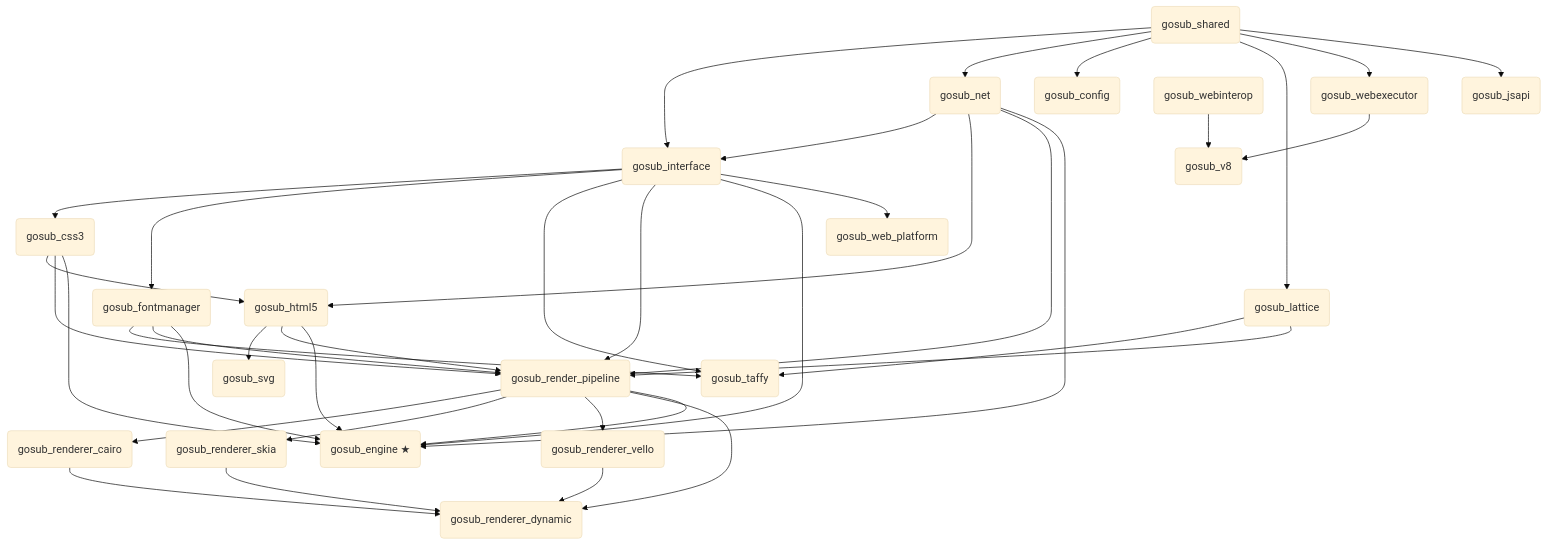
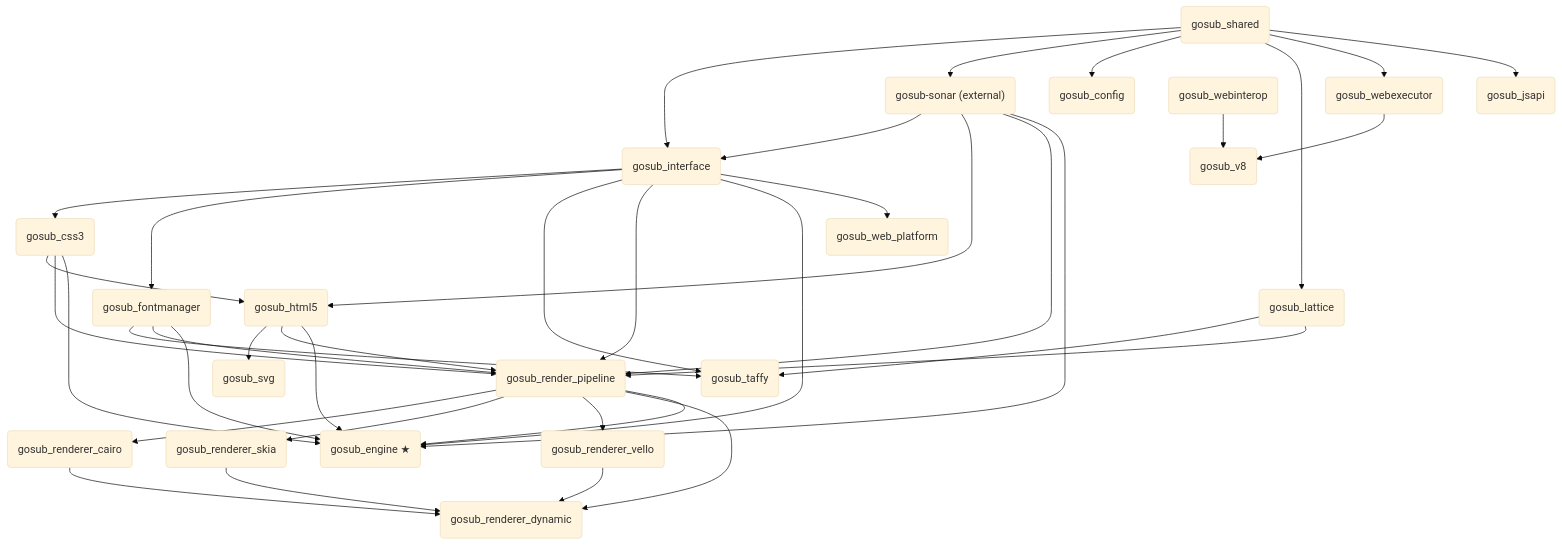
Before and after one commit to gosub-io/gosub-engine: the diagram in docs/crates.md, drawn with Mermaid (base theme). The commit also changed other lines of this file and 58 other files, not shown here.

Commit message:
Implemented gosub_sonar in favor of gosub_net

````diff
--- a/docs/crates.md
+++ b/docs/crates.md
@@ -129,66 +127,66 @@
 ``` mermaid
 flowchart TD
     shared("gosub_shared")
     interface("gosub_interface")
     config("gosub_config")
-    net("gosub_net")
+    net("gosub-sonar (external)")
     css3("gosub_css3")
     html5("gosub_html5")
     svg("gosub_svg")
     lattice("gosub_lattice")
     fontmgr("gosub_fontmanager")
     taffy("gosub_taffy")
     pipeline("gosub_render_pipeline")
     cairo("gosub_renderer_cairo")
     skia("gosub_renderer_skia")
     vello("gosub_renderer_vello")
     dynamic("gosub_renderer_dynamic")
     engine("gosub_engine ★")
     v8("gosub_v8")
     webexec("gosub_webexecutor")
     webinterop("gosub_webinterop")
     jsapi("gosub_jsapi")
     webplatform("gosub_web_platform")
 
     shared --> interface
     net --> interface
     shared --> net
     shared --> config
     interface --> css3
     css3 --> html5
     net --> html5
     html5 --> svg
     shared --> lattice
     interface --> fontmgr
     lattice --> taffy
     fontmgr --> taffy
     interface --> taffy
 
     interface --> pipeline
     fontmgr --> pipeline
     lattice --> pipeline
     html5 --> pipeline
     css3 --> pipeline
     net --> pipeline
 
     pipeline --> cairo
     pipeline --> skia
     pipeline --> vello
     pipeline --> dynamic
     cairo --> dynamic
     skia --> dynamic
     vello --> dynamic
 
     html5 --> engine
     css3 --> engine
     net --> engine
     interface --> engine
     fontmgr --> engine
     pipeline --> engine
 
     shared --> webexec
     webexec --> v8
     webinterop --> v8
     shared --> jsapi
     interface --> webplatform
 ```
````
